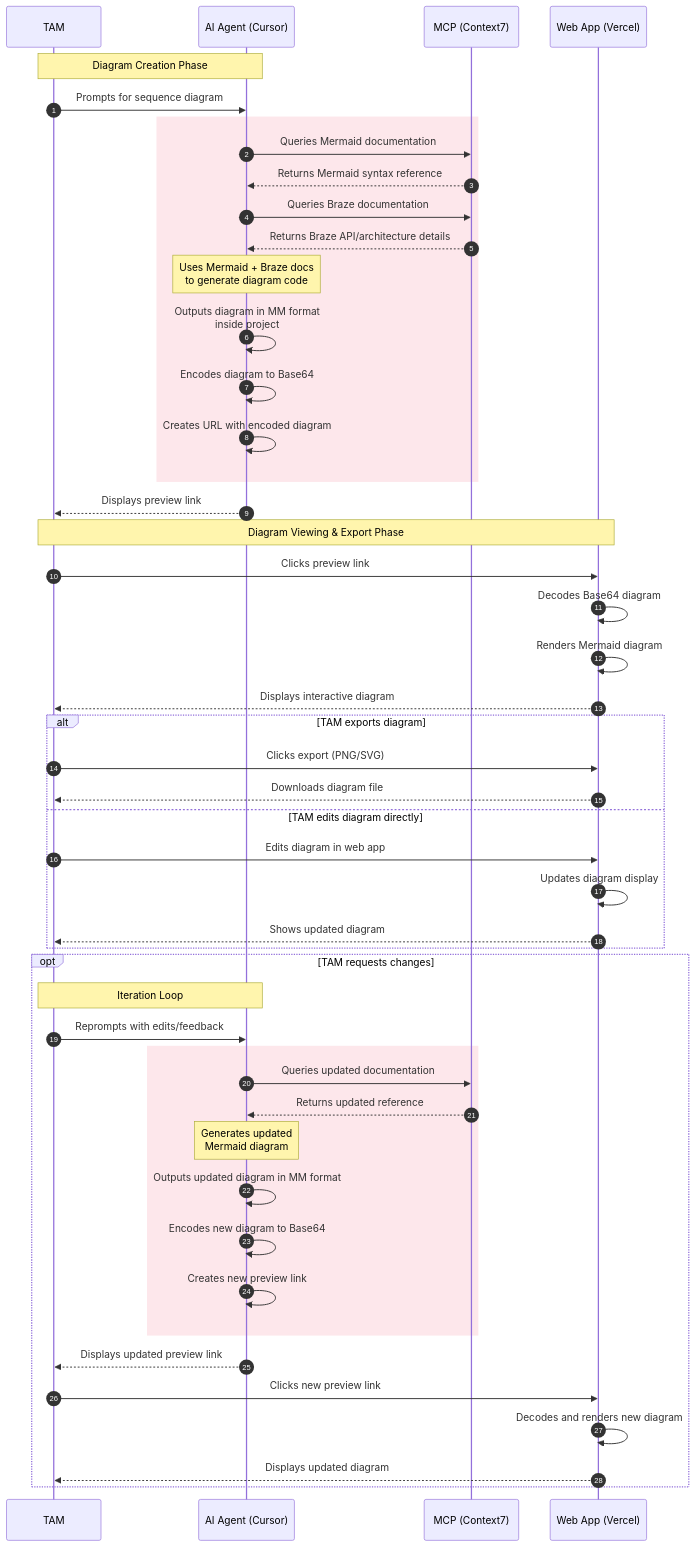
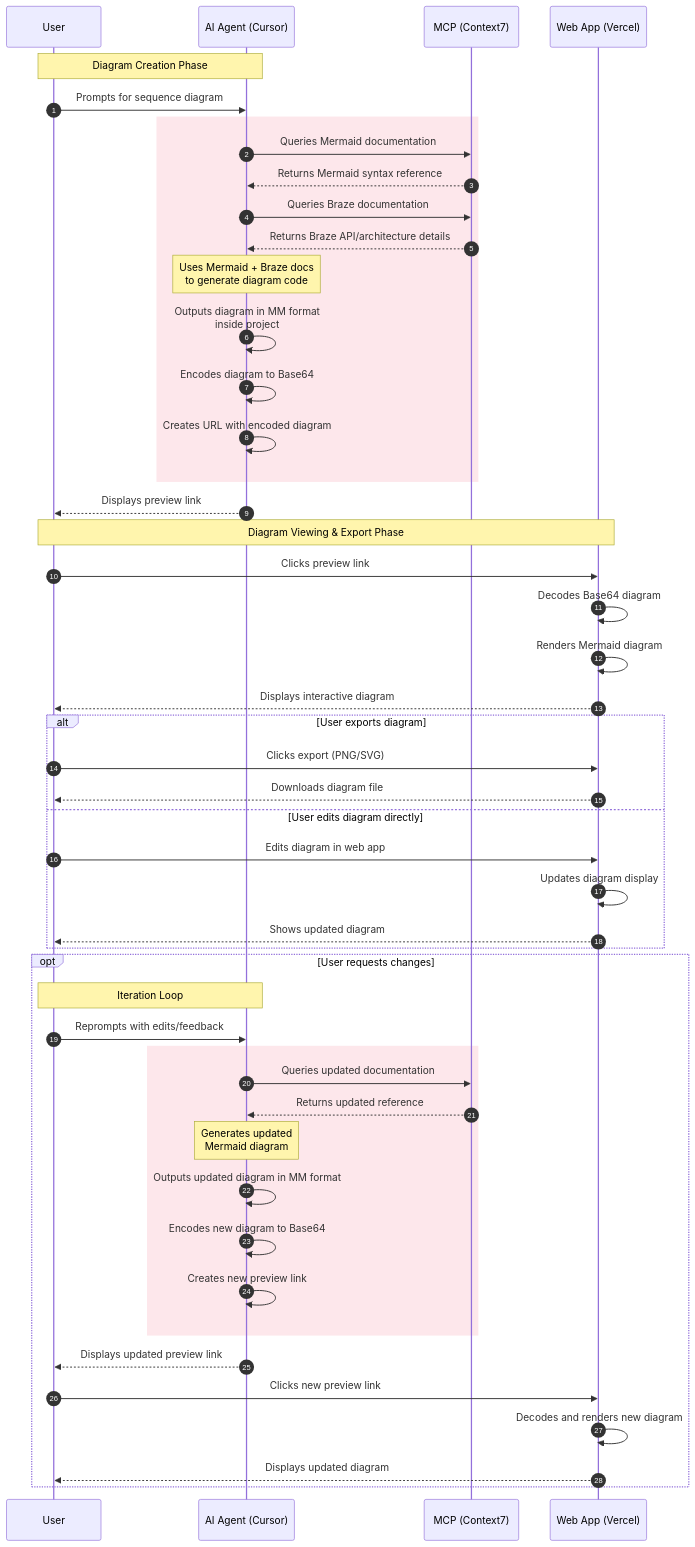
Before and after one commit to RJPrutton/TAMSequenceDiagrammer: the diagram in diagrams/tool-workflow.md, drawn with Mermaid. The commit also changed 180 other files, not shown here.

````diff
--- a/diagrams/tool-workflow.md
+++ b/diagrams/tool-workflow.md
@@ -1,54 +1,54 @@
 ```mermaid
 sequenceDiagram
     autonumber
-    participant TAM as TAM
+    participant User as User
     participant AI as AI Agent (Cursor)
     participant MCP as MCP (Context7)
     participant WA as Web App (Vercel)
 
-    Note over TAM,AI: Diagram Creation Phase
-    TAM->>AI: Prompts for sequence diagram
+    Note over User,AI: Diagram Creation Phase
+    User->>AI: Prompts for sequence diagram
     rect rgb(237, 26, 59, 0.1)
     AI->>MCP: Queries Mermaid documentation
     MCP-->>AI: Returns Mermaid syntax reference
     AI->>MCP: Queries Braze documentation
     MCP-->>AI: Returns Braze API/architecture details
     Note over AI: Uses Mermaid + Braze docs<br/>to generate diagram code
     AI->>AI: Outputs diagram in MM format<br/>inside project
     AI->>AI: Encodes diagram to Base64
     AI->>AI: Creates URL with encoded diagram
     end
-    AI-->>TAM: Displays preview link
+    AI-->>User: Displays preview link
 
-    Note over TAM,WA: Diagram Viewing & Export Phase
-    TAM->>WA: Clicks preview link
+    Note over User,WA: Diagram Viewing & Export Phase
+    User->>WA: Clicks preview link
     WA->>WA: Decodes Base64 diagram
     WA->>WA: Renders Mermaid diagram
-    WA-->>TAM: Displays interactive diagram
+    WA-->>User: Displays interactive diagram
 
-    alt TAM exports diagram
-        TAM->>WA: Clicks export (PNG/SVG)
-        WA-->>TAM: Downloads diagram file
-    else TAM edits diagram directly
-        TAM->>WA: Edits diagram in web app
+    alt User exports diagram
+        User->>WA: Clicks export (PNG/SVG)
+        WA-->>User: Downloads diagram file
+    else User edits diagram directly
+        User->>WA: Edits diagram in web app
         WA->>WA: Updates diagram display
-        WA-->>TAM: Shows updated diagram
+        WA-->>User: Shows updated diagram
     end
 
-    opt TAM requests changes
-        Note over TAM,AI: Iteration Loop
-        TAM->>AI: Reprompts with edits/feedback
+    opt User requests changes
+        Note over User,AI: Iteration Loop
+        User->>AI: Reprompts with edits/feedback
         rect rgb(237, 26, 59, 0.1)
         AI->>MCP: Queries updated documentation
         MCP-->>AI: Returns updated reference
         Note over AI: Generates updated<br/>Mermaid diagram
         AI->>AI: Outputs updated diagram in MM format
         AI->>AI: Encodes new diagram to Base64
         AI->>AI: Creates new preview link
         end
-        AI-->>TAM: Displays updated preview link
-        TAM->>WA: Clicks new preview link
+        AI-->>User: Displays updated preview link
+        User->>WA: Clicks new preview link
         WA->>WA: Decodes and renders new diagram
-        WA-->>TAM: Displays updated diagram
+        WA-->>User: Displays updated diagram
     end
 ```
````
